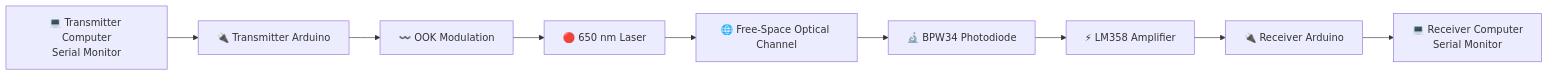
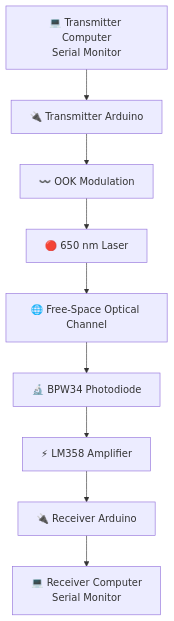
One commit to mtalha05-phy/free-space-optical-communication-arduino-uno changed the diagram in free-space-optical-communication-arduino/README.md. Above: the diagram before and after it, drawn with Mermaid. The commit also changed other lines of this file, not shown here.

````diff
--- a/free-space-optical-communication-arduino/README.md
+++ b/free-space-optical-communication-arduino/README.md
@@ -93,22 +93,22 @@
 ```mermaid
-flowchart LR
+flowchart TB
 
     A["💻 Transmitter Computer<br/>Serial Monitor"]
     B["🔌 Transmitter Arduino"]
     C["〰️ OOK Modulation"]
     D["🔴 650 nm Laser"]
     E["🌐 Free-Space Optical Channel"]
     F["🔬 BPW34 Photodiode"]
     G["⚡ LM358 Amplifier"]
     H["🔌 Receiver Arduino"]
     I["💻 Receiver Computer<br/>Serial Monitor"]
 
     A --> B
     B --> C
     C --> D
     D --> E
     E --> F
     F --> G
     G --> H
     H --> I
 ```
````
